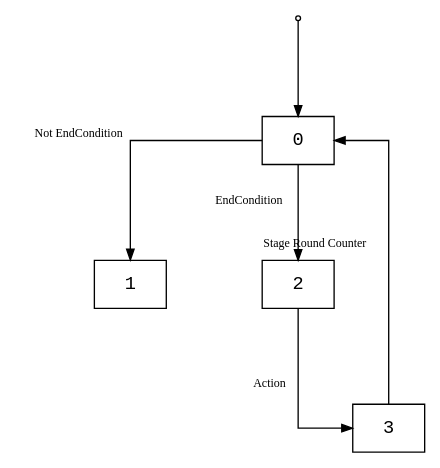
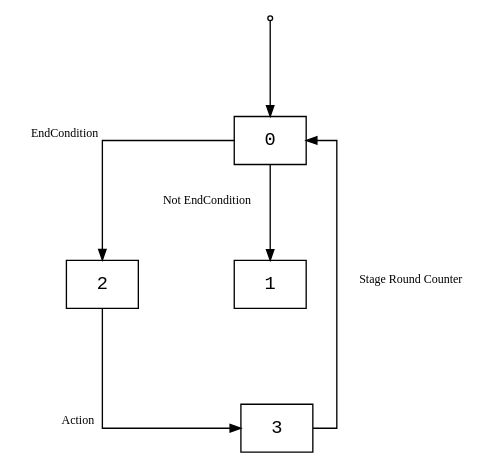
The diagram in front_end/tests_out/stage.dot (mentalcardgames/mcg), drawn with Graphviz before and after one commit. The commit also changed other lines of this file and 27 other files, not shown here.

```diff
--- a/front_end/tests_out/stage.dot
+++ b/front_end/tests_out/stage.dot
@@ -1,11 +1,11 @@
 digraph CFG {
   graph [splines=ortho, nodesep=1.0, ranksep=1.0, concentrate=true];
   node [shape=box, fontname="Consolas, 'Courier New', monospace", style=filled, fillcolor="#ffffff", bordercolor="#333333"];
   edge [fontname="Consolas", fontsize=9, arrowsize=0.8];
   entry [shape=point];
   entry -> 0;
+  2 -> 3 [xlabel=" Action "];
   3 -> 0 [xlabel=" Stage Round Counter "];
   0 -> 1 [xlabel=" Not EndCondition "];
   0 -> 2 [xlabel=" EndCondition "];
-  2 -> 3 [xlabel=" Action "];
 }
```
